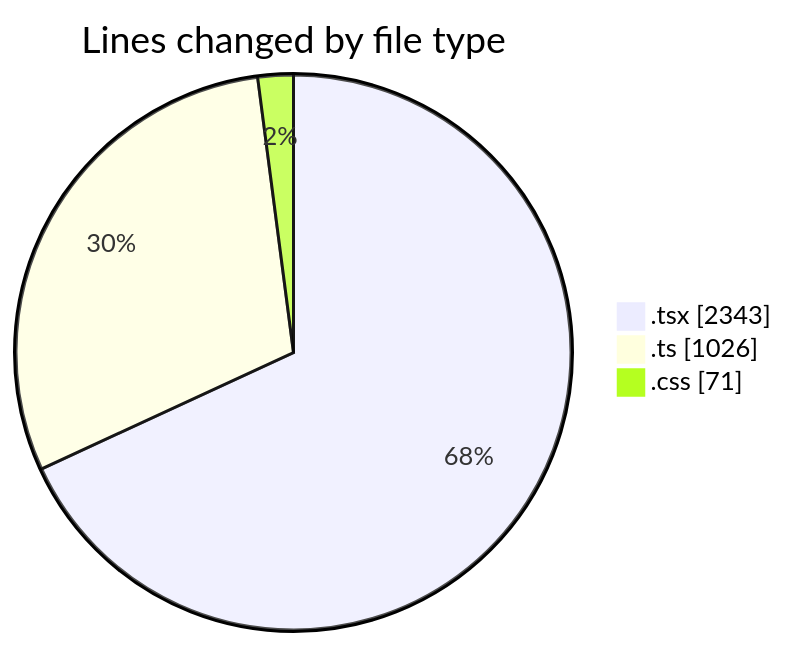
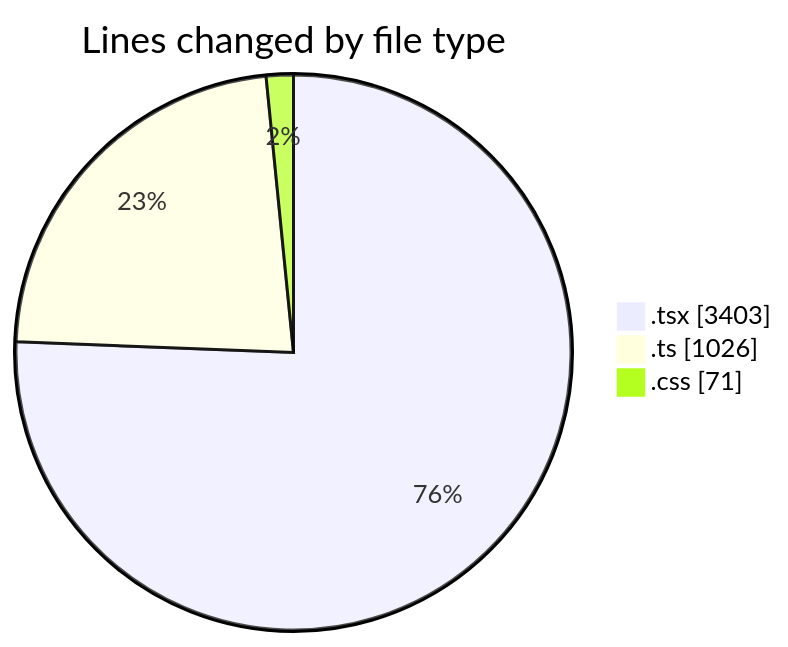
The first of 2 diagrams in 2025-01-27/mbc-web/README.md (robertbonfada/code-tracking), drawn with Mermaid before and after one commit. The commit also changed other lines of this file and 1 other file, not shown here.

````diff
--- a/2025-01-27/mbc-web/README.md
+++ b/2025-01-27/mbc-web/README.md
@@ -31,7 +34,7 @@
 ```mermaid
 pie showData
 title Lines changed by file type
-".tsx" : 2343
+".tsx" : 3403
 ".ts" : 1026
 ".css" : 71
 ```
````
